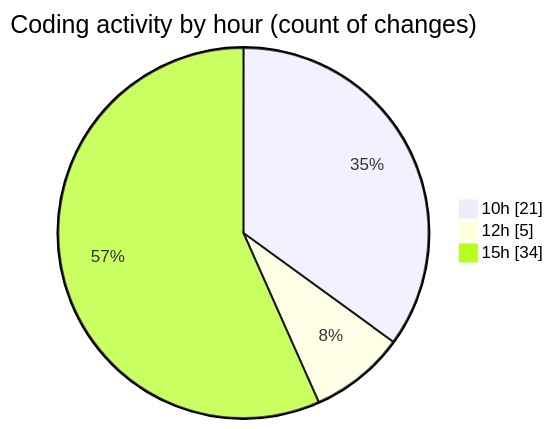
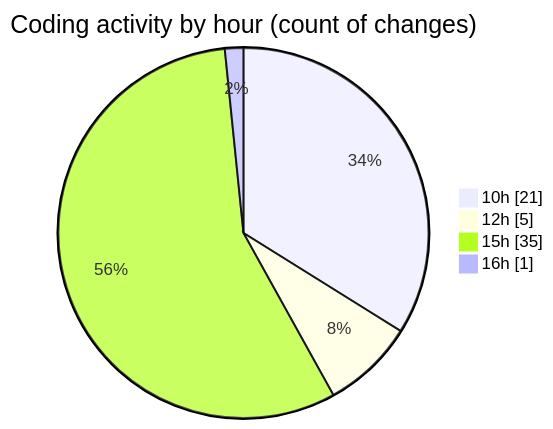
Before and after one commit to momahboobian/code-tracking: the second of 2 diagrams in 2025-08-27/cda/README.md, drawn with Mermaid. The commit also changed other lines of this file and 1 other file, not shown here.

````diff
--- a/2025-08-27/cda/README.md
+++ b/2025-08-27/cda/README.md
@@ -38,7 +38,8 @@
 ```mermaid
 pie showData
 title Coding activity by hour (count of changes)
 "10h" : 21
 "12h" : 5
-"15h" : 34
+"15h" : 35
+"16h" : 1
 ```
````
